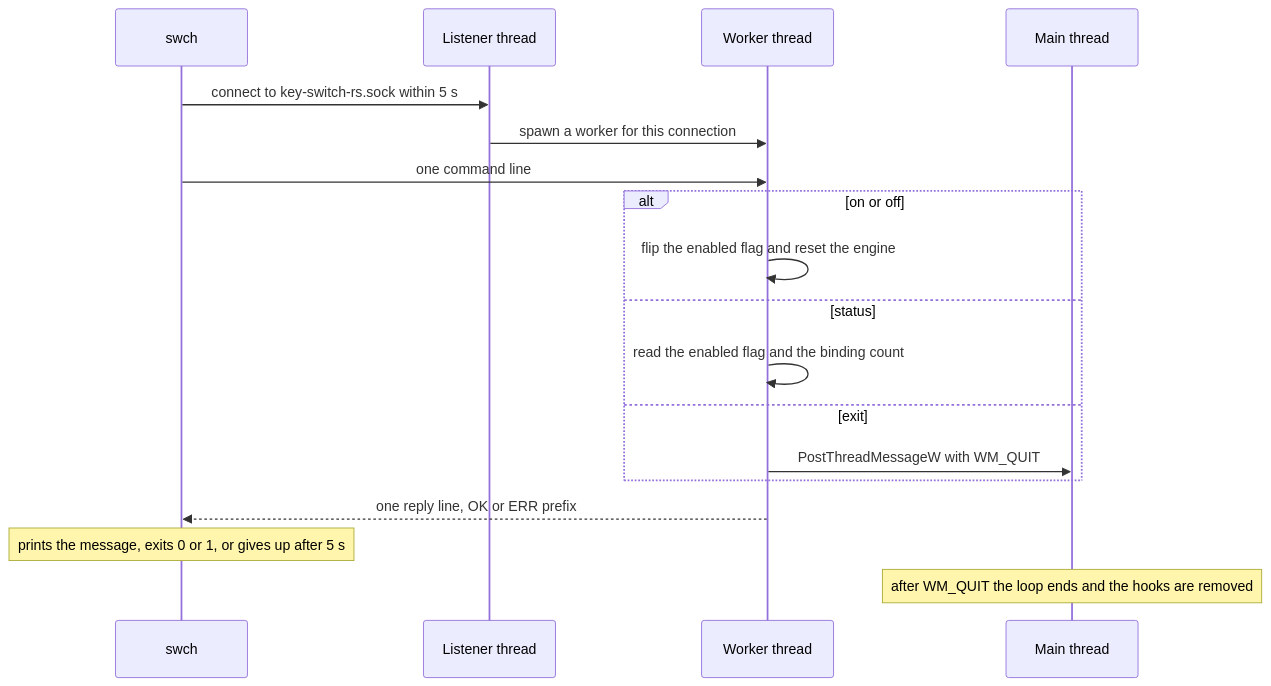
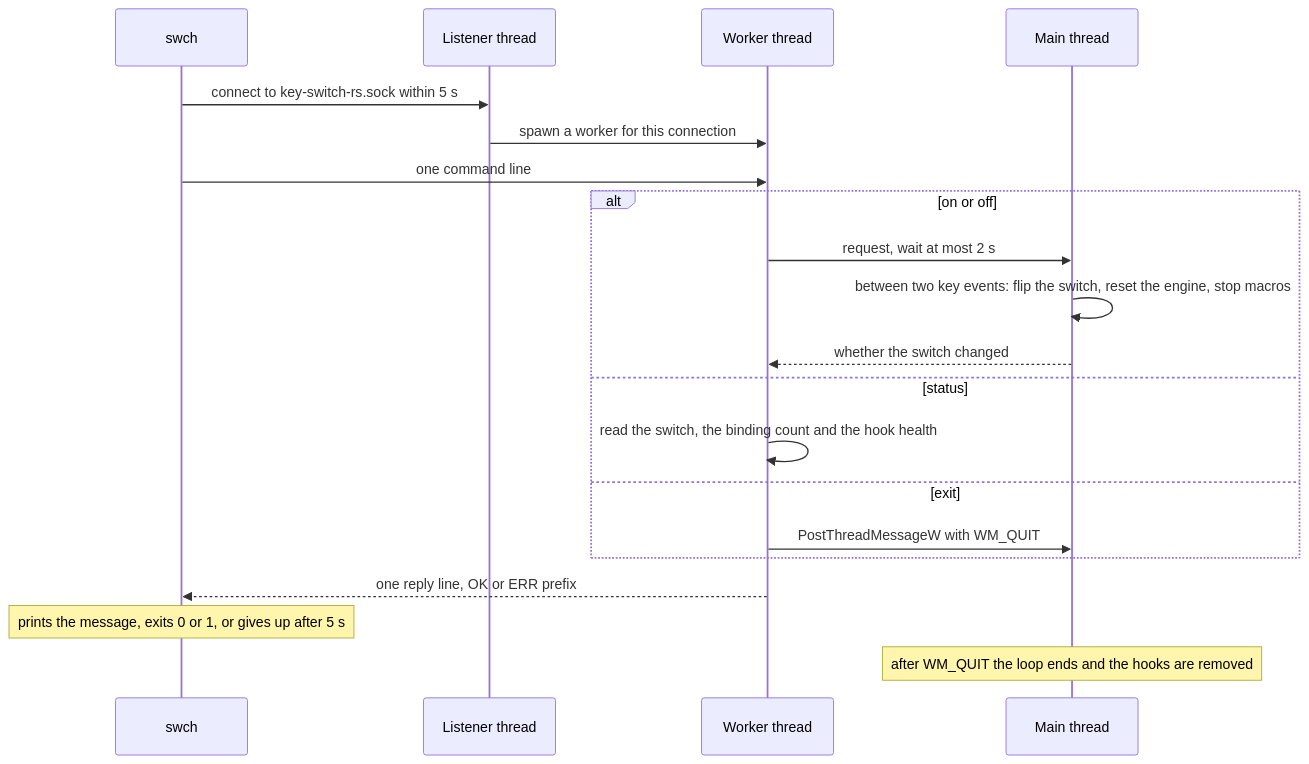
One commit to bluesteelll/key-switch-rs changed the second of 3 diagrams in book/src/build-and-run.md. Above: the diagram before and after it, drawn with Mermaid. The commit also changed other lines of this file and 20 other files, not shown here.

````diff
--- a/book/src/build-and-run.md
+++ b/book/src/build-and-run.md
@@ -201,20 +218,22 @@
 ```mermaid
 sequenceDiagram
     participant S as swch
     participant L as Listener thread
     participant W as Worker thread
     participant M as Main thread
     S->>L: connect to key-switch-rs.sock within 5 s
     L->>W: spawn a worker for this connection
     S->>W: one command line
     alt on or off
-        W->>W: flip the enabled flag and reset the engine
+        W->>M: request, wait at most 2 s
+        M->>M: between two key events: flip the switch, reset the engine, stop macros
+        M-->>W: whether the switch changed
     else status
-        W->>W: read the enabled flag and the binding count
+        W->>W: read the switch, the binding count and the hook health
     else exit
         W->>M: PostThreadMessageW with WM_QUIT
     end
     W-->>S: one reply line, OK or ERR prefix
     Note over S: prints the message, exits 0 or 1, or gives up after 5 s
     Note over M: after WM_QUIT the loop ends and the hooks are removed
 ```
````
